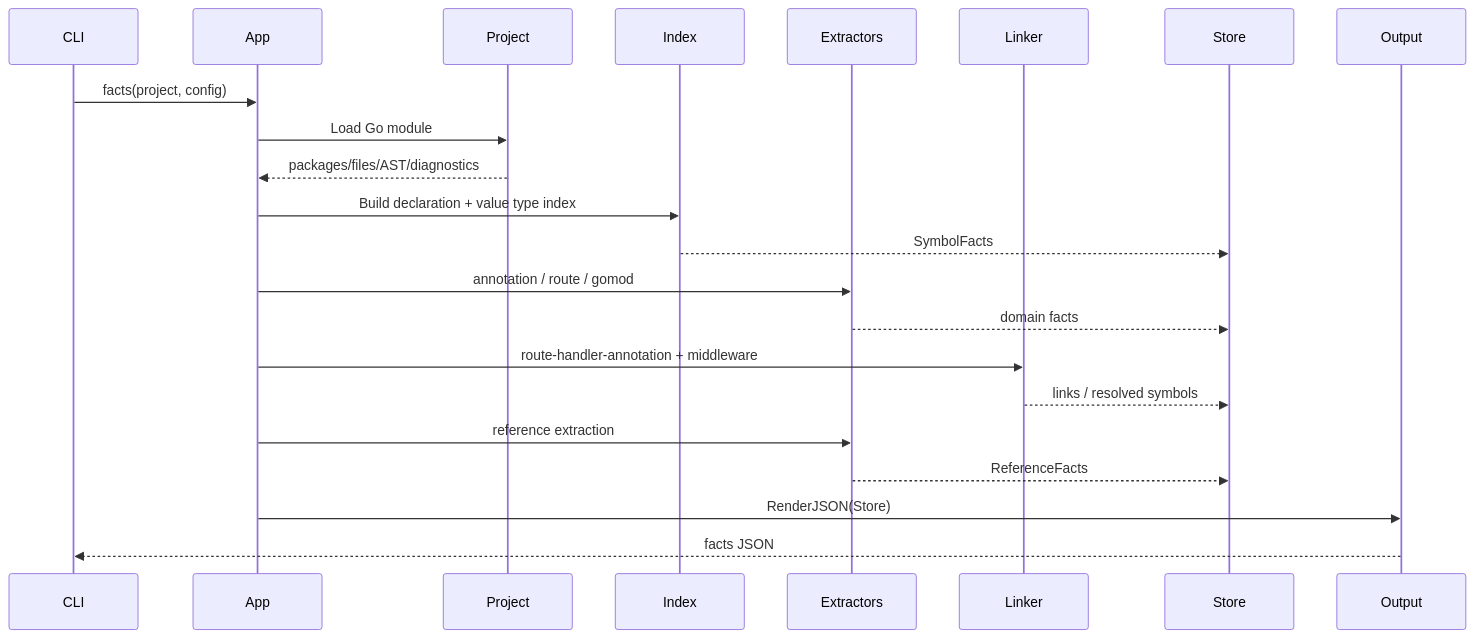
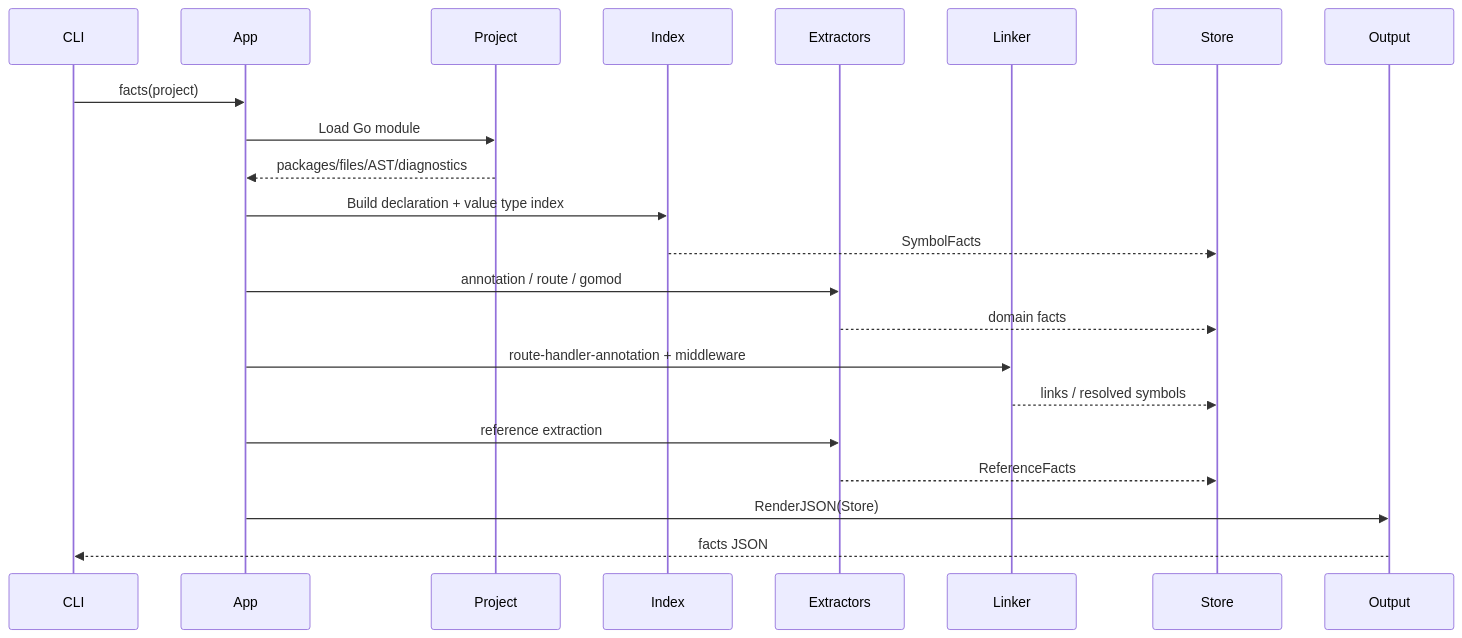
The fourth of 5 diagrams in ARCHITECTURE.md (Flying-Bird1999/go-analyzer), drawn with Mermaid before and after one commit. The commit also changed other lines of this file and 54 other files, not shown here.

````diff
--- a/ARCHITECTURE.md
+++ b/ARCHITECTURE.md
@@ -766,25 +762,25 @@
 ```mermaid
 sequenceDiagram
     participant CLI
     participant App
     participant Project
     participant Index
     participant Extractors
     participant Linker
     participant Store
     participant Output
 
-    CLI->>App: facts(project, config)
+    CLI->>App: facts(project)
     App->>Project: Load Go module
     Project-->>App: packages/files/AST/diagnostics
     App->>Index: Build declaration + value type index
     Index-->>Store: SymbolFacts
     App->>Extractors: annotation / route / gomod
     Extractors-->>Store: domain facts
     App->>Linker: route-handler-annotation + middleware
     Linker-->>Store: links / resolved symbols
     App->>Extractors: reference extraction
     Extractors-->>Store: ReferenceFacts
     App->>Output: RenderJSON(Store)
     Output-->>CLI: facts JSON
 ```
````
